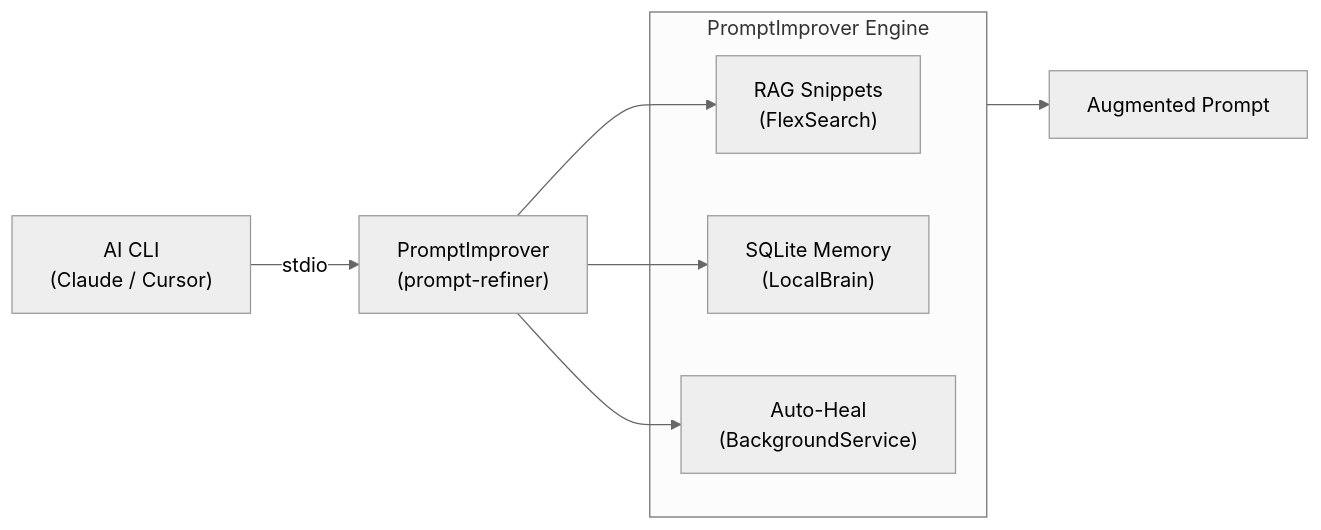
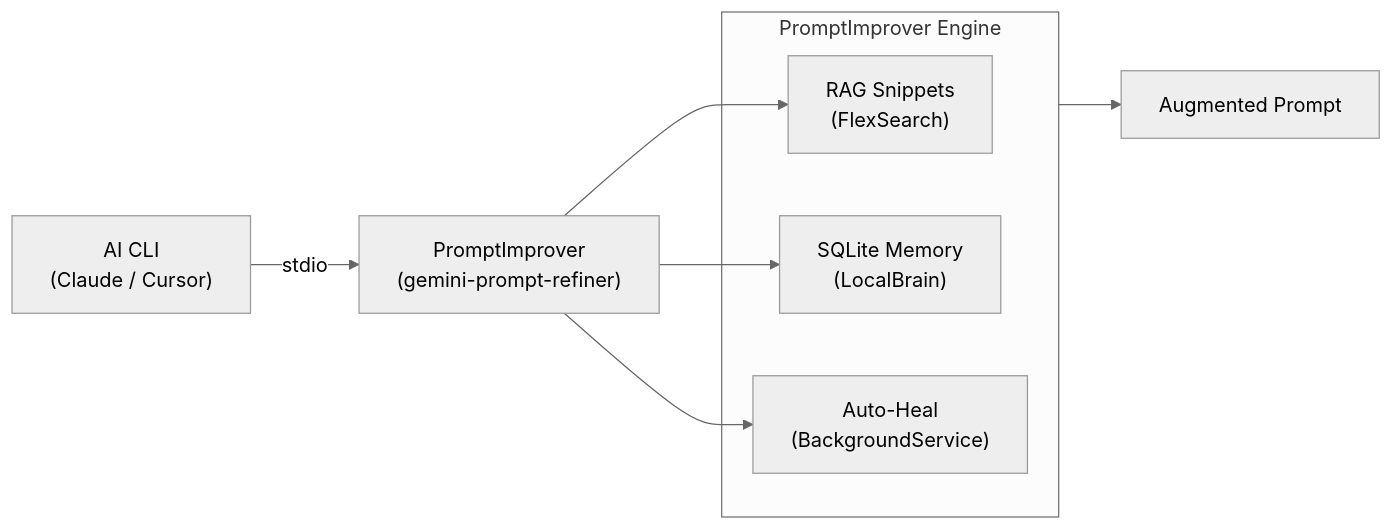
The diagram in README.md (Coding-Autopilot-System/Promptimprover), drawn with Mermaid (neutral theme) before and after one commit. The commit also changed other lines of this file and 5 other files, not shown here.

````diff
--- a/README.md
+++ b/README.md
@@ -43,13 +43,13 @@
 ```mermaid
 flowchart LR
-    CLI["AI CLI\n(Claude / Cursor)"] -->|"stdio"| PI["PromptImprover\n(prompt-refiner)"]
+    CLI["AI CLI\n(Claude / Cursor)"] -->|"stdio"| PI["PromptImprover\n(gemini-prompt-refiner)"]
     subgraph internal["PromptImprover Engine"]
         RAG["RAG Snippets\n(FlexSearch)"]
         Memory["SQLite Memory\n(LocalBrain)"]
         AutoHeal["Auto-Heal\n(BackgroundService)"]
     end
     PI --> RAG
     PI --> Memory
     PI --> AutoHeal
     internal --> Out["Augmented Prompt"]
 ```
````
